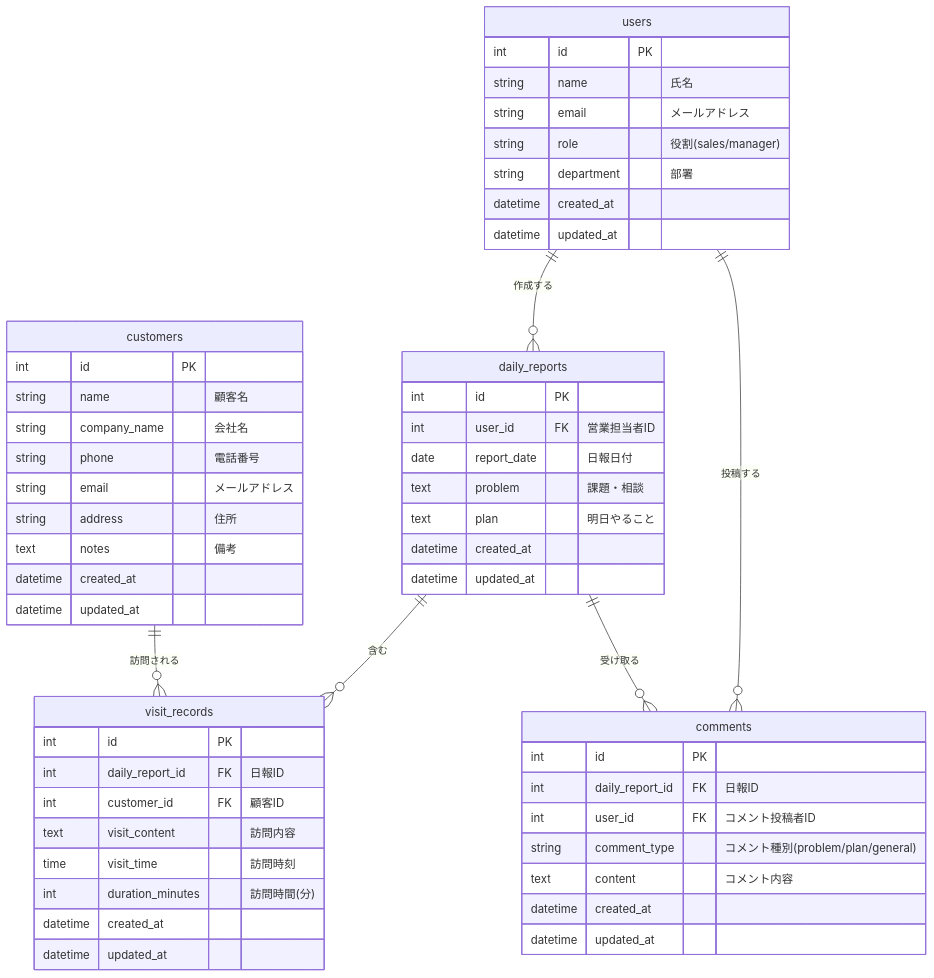
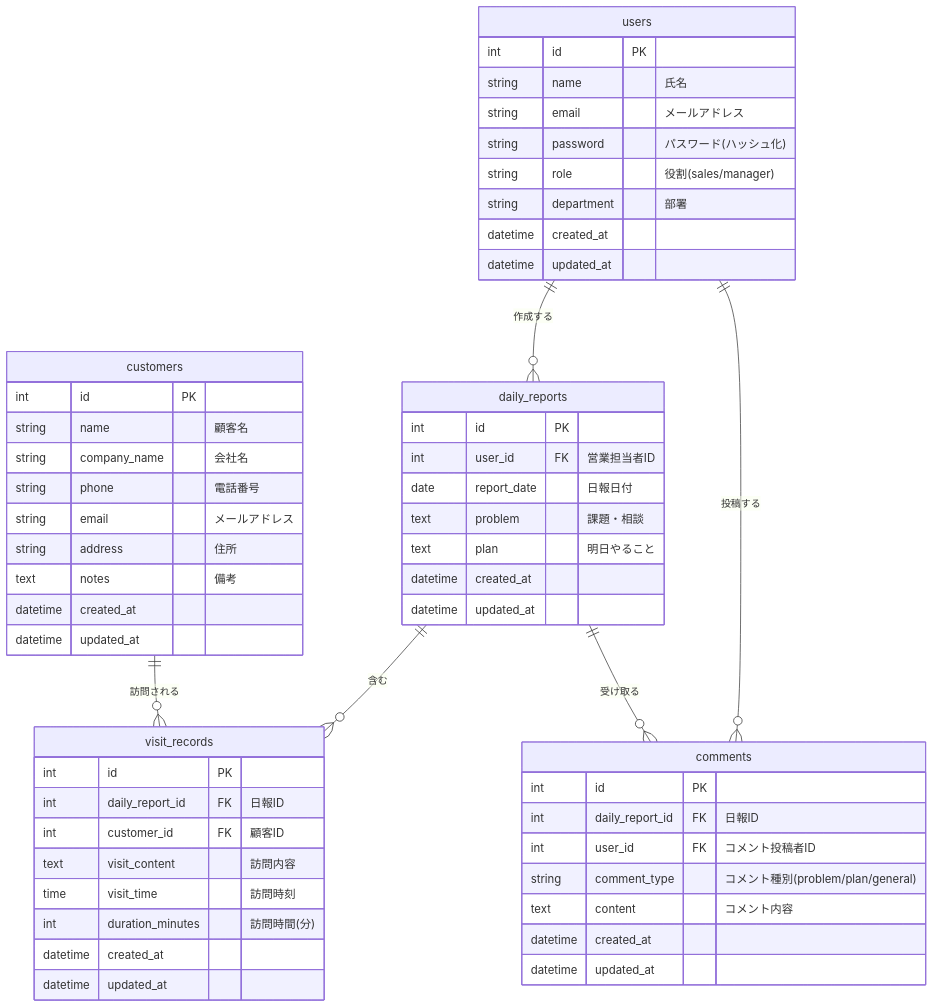
One commit to whitehills1979/daily-report changed the diagram in doc/ER_DESIGN.md. Above: the diagram before and after it, drawn with Mermaid. The commit also changed other lines of this file and 2 other files, not shown here.

````diff
--- a/doc/ER_DESIGN.md
+++ b/doc/ER_DESIGN.md
@@ -3,61 +3,62 @@
 ```mermaid
 erDiagram
     users ||--o{ daily_reports : "作成する"
     users ||--o{ comments : "投稿する"
     daily_reports ||--o{ visit_records : "含む"
     daily_reports ||--o{ comments : "受け取る"
     customers ||--o{ visit_records : "訪問される"
 
     users {
         int id PK
         string name "氏名"
         string email "メールアドレス"
+        string password "パスワード(ハッシュ化)"
         string role "役割(sales/manager)"
         string department "部署"
         datetime created_at
         datetime updated_at
     }
 
     customers {
         int id PK
         string name "顧客名"
         string company_name "会社名"
         string phone "電話番号"
         string email "メールアドレス"
         string address "住所"
         text notes "備考"
         datetime created_at
         datetime updated_at
     }
 
     daily_reports {
         int id PK
         int user_id FK "営業担当者ID"
         date report_date "日報日付"
         text problem "課題・相談"
         text plan "明日やること"
         datetime created_at
         datetime updated_at
     }
 
     visit_records {
         int id PK
         int daily_report_id FK "日報ID"
         int customer_id FK "顧客ID"
         text visit_content "訪問内容"
         time visit_time "訪問時刻"
         int duration_minutes "訪問時間(分)"
         datetime created_at
         datetime updated_at
     }
 
     comments {
         int id PK
         int daily_report_id FK "日報ID"
         int user_id FK "コメント投稿者ID"
         string comment_type "コメント種別(problem/plan/general)"
         text content "コメント内容"
         datetime created_at
         datetime updated_at
     }
 ```
````
